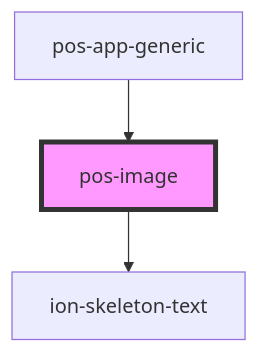
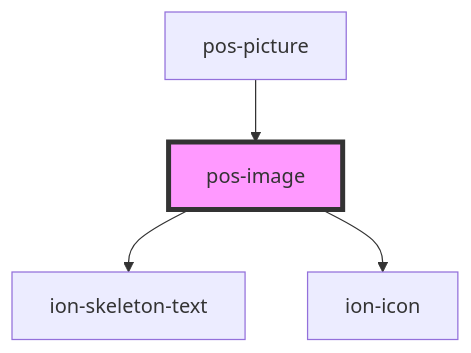
The diagram in elements/src/components/pos-image/readme.md (pod-os/PodOS), drawn with Mermaid before and after one commit. The commit also changed other lines of this file and 10 other files, not shown here.

Commit message:
add pos-picture element

````diff
--- a/elements/src/components/pos-image/readme.md
+++ b/elements/src/components/pos-image/readme.md
@@ -33,6 +34,7 @@
 ```mermaid
 graph TD;
   pos-image --> ion-skeleton-text
-  pos-app-generic --> pos-image
+  pos-image --> ion-icon
+  pos-picture --> pos-image
   style pos-image fill:#f9f,stroke:#333,stroke-width:4px
 ```
````
